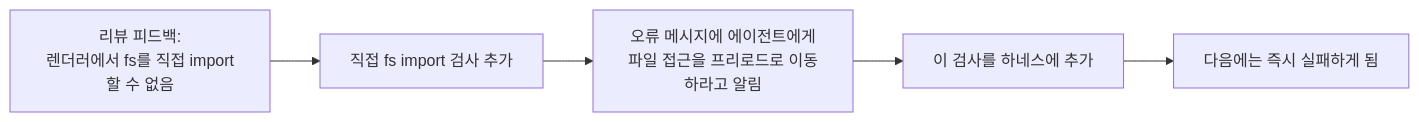
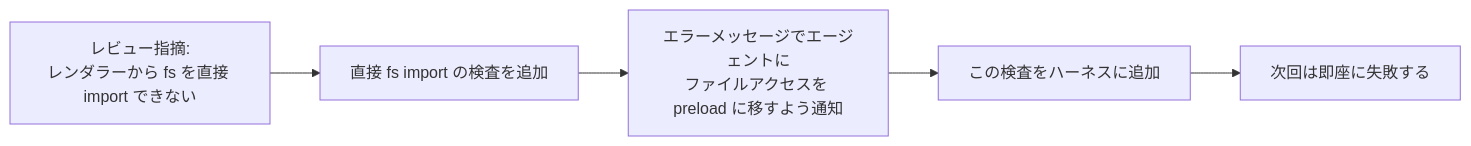
One commit to mkusaka/learn-harness-engineering changed the second of 2 diagrams in docs/ko/lectures/lecture-10-why-end-to-end-testing-changes-results/index.md. Above: the diagram before and after it, drawn with Mermaid. The commit also changed other lines of this file and 571 other files, not shown here.

````diff
--- a/docs/ko/lectures/lecture-10-why-end-to-end-testing-changes-results/index.md
+++ b/docs/ko/lectures/lecture-10-why-end-to-end-testing-changes-results/index.md
@@ -52,7 +52,7 @@
 ```mermaid
 flowchart LR
-    Review["리뷰 피드백:<br/>렌더러에서 fs를 직접 import할 수 없음"] --> Rule["직접 fs import 검사 추가"]
-    Rule --> Message["오류 메시지에 에이전트에게<br/>파일 접근을 프리로드로 이동하라고 알림"]
-    Message --> Harness["이 검사를 하네스에 추가"]
-    Harness --> Stronger["다음에는 즉시 실패하게 됨"]
+    Review["レビュー指摘:<br/>レンダラーから fs を直接 import できない"] --> Rule["直接 fs import の検査を追加"]
+    Rule --> Message["エラーメッセージでエージェントに<br/>ファイルアクセスを preload に移すよう通知"]
+    Message --> Harness["この検査をハーネスに追加"]
+    Harness --> Stronger["次回は即座に失敗する"]
 ```
````
